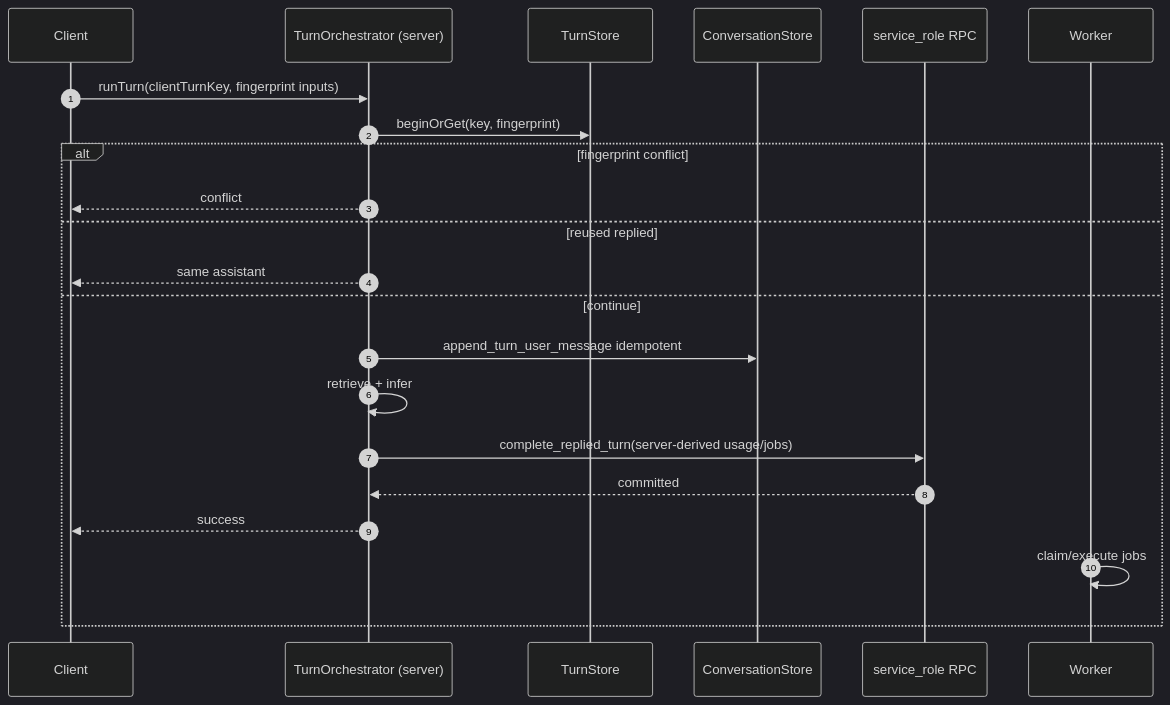
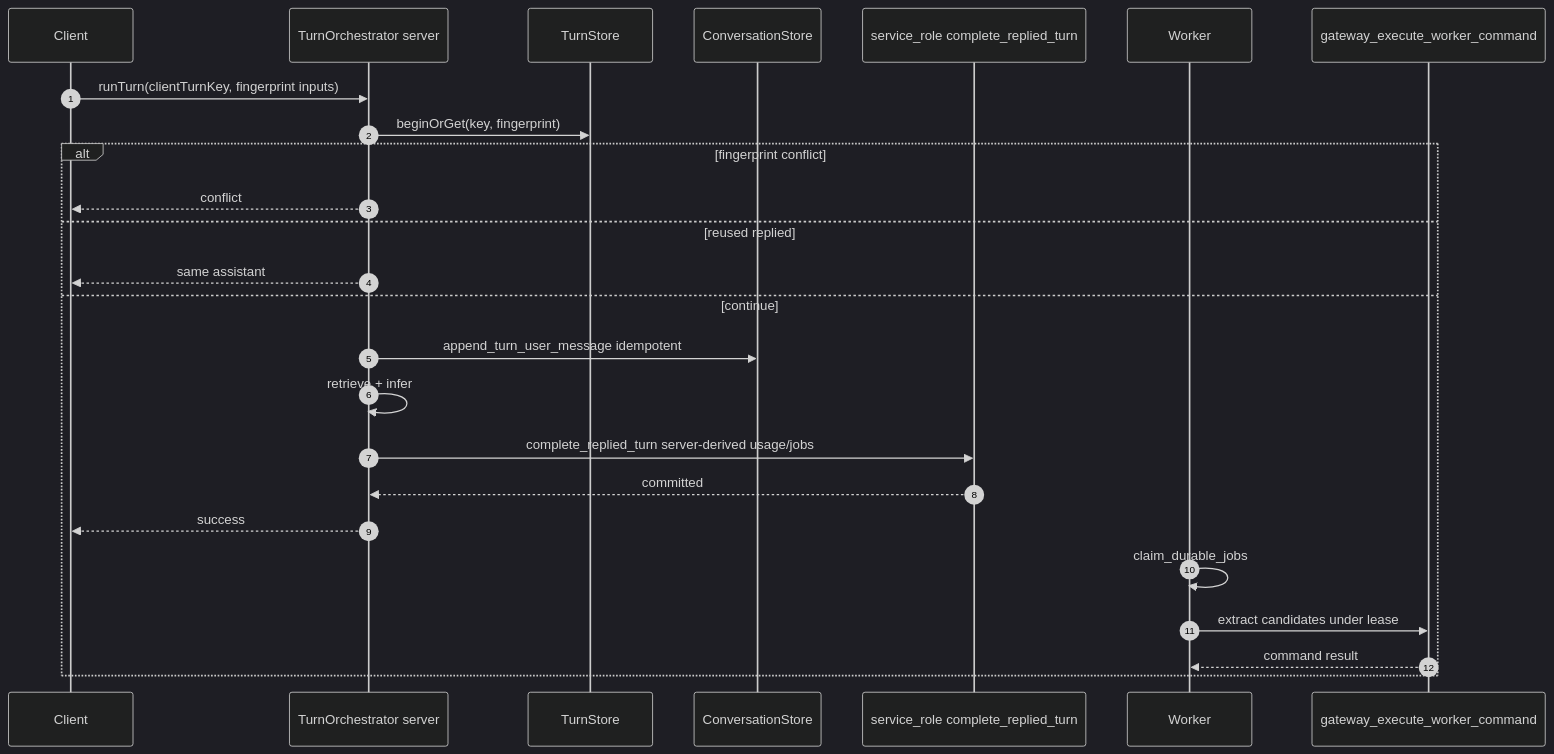
One commit to NicolVii/ContextVault changed the second of 12 diagrams in docs/memory-system/09-technical-design.md. Above: the diagram before and after it, drawn with Mermaid (dark theme). The commit also changed other lines of this file, not shown here.

First line of the commit message:
docs: restore self-contained Stage 9 design with worker path

````diff
--- a/docs/memory-system/09-technical-design.md
+++ b/docs/memory-system/09-technical-design.md
@@ -1029,25 +1328,28 @@
 ```mermaid
 sequenceDiagram
   autonumber
   participant C as Client
-  participant TO as TurnOrchestrator (server)
+  participant TO as TurnOrchestrator server
   participant TS as TurnStore
   participant CS as ConversationStore
-  participant SR as service_role RPC
+  participant SR as service_role complete_replied_turn
   participant W as Worker
+  participant WG as gateway_execute_worker_command
 
   C->>TO: runTurn(clientTurnKey, fingerprint inputs)
   TO->>TS: beginOrGet(key, fingerprint)
   alt fingerprint conflict
     TO-->>C: conflict
   else reused replied
     TO-->>C: same assistant
   else continue
     TO->>CS: append_turn_user_message idempotent
     TO->>TO: retrieve + infer
-    TO->>SR: complete_replied_turn(server-derived usage/jobs)
+    TO->>SR: complete_replied_turn server-derived usage/jobs
     SR-->>TO: committed
     TO-->>C: success
-    W->>W: claim/execute jobs
+    W->>W: claim_durable_jobs
+    W->>WG: extract candidates under lease
+    WG-->>W: command result
   end
 ```
````
